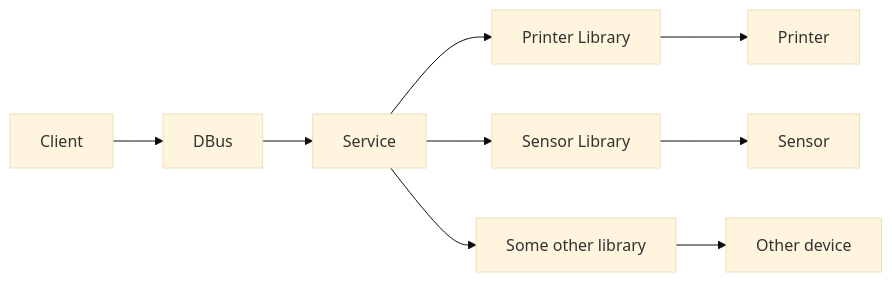
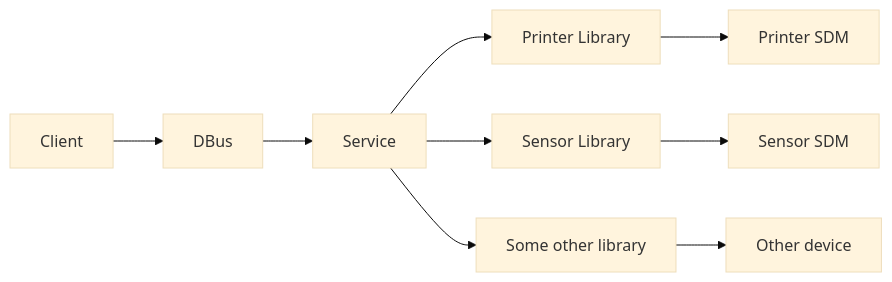
One commit to librexfs/.github changed the diagram in profile/README.md. Above: the diagram before and after it, drawn with Mermaid (base theme). The commit also changed other lines of this file, not shown here.

````diff
--- a/profile/README.md
+++ b/profile/README.md
@@ -19,11 +45,11 @@
 ```mermaid
 flowchart LR
   C[Client] --> D[DBus]
   D --> S[Service]
   S --> PPN[Printer Library]
   S --> SSR[Sensor Library]
   S --> OTH[Some other library]
-  PPN --> Printer
-  SSR --> Sensor
+  PPN --> Printer[Printer SDM]
+  SSR --> Sensor[Sensor SDM]
   OTH --> OD[Other device]
 ```
````
